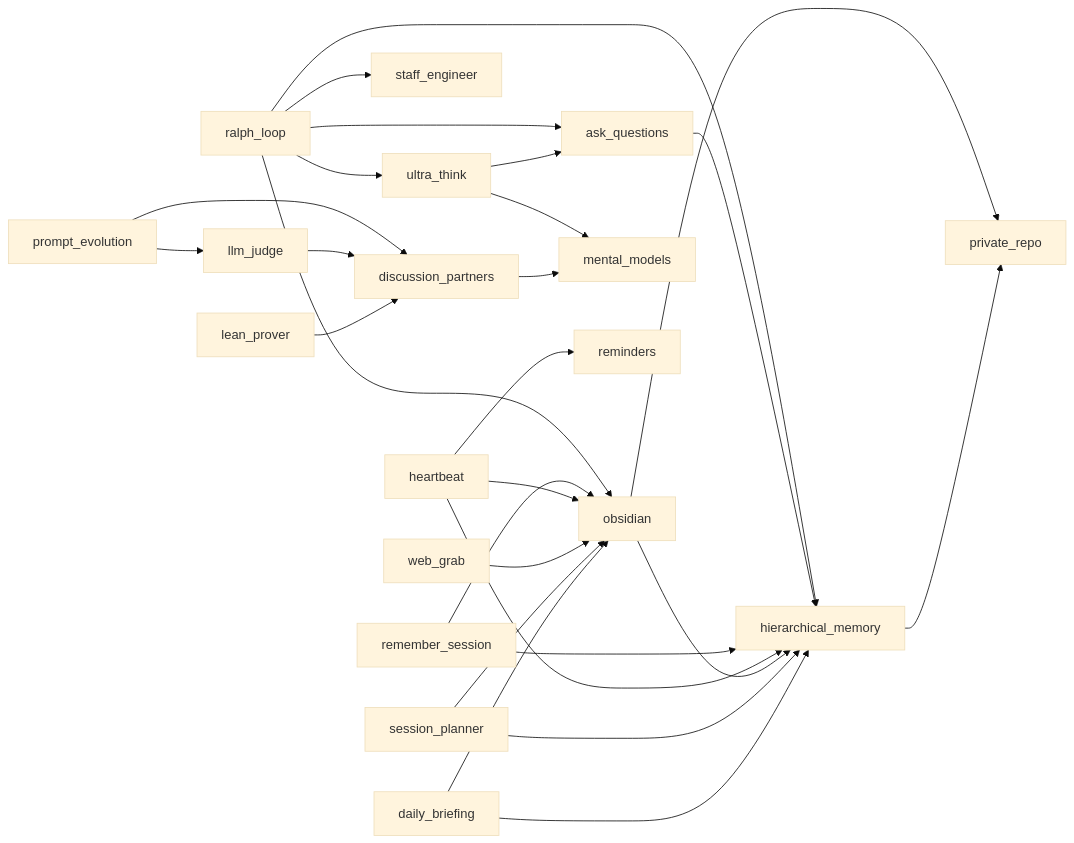
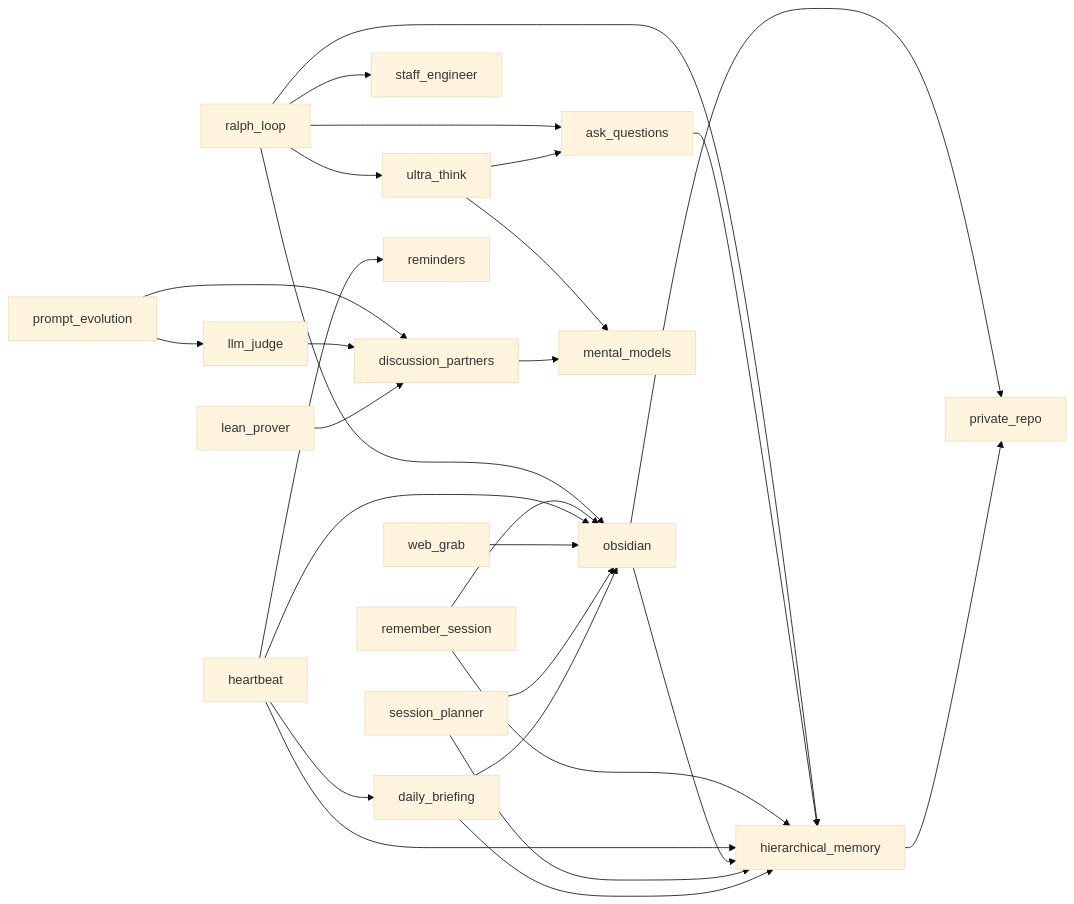
The diagram in README.md (zachmayer/skills), drawn with Mermaid (base theme) before and after one commit. The commit also changed 1 other file, not shown here.

Commit message:
Add reminders + daily briefing to heartbeat orient step
Heartbeat now checks reminders.md for due items and writes a daily
briefing if none exists and it's 6am+. Without these references,
the heartbeat agent wouldn't know to load those skills.

````diff
--- a/README.md
+++ b/README.md
@@ -95,29 +95,30 @@
 ```mermaid
 graph LR
     ralph_loop --> ultra_think
     ralph_loop --> staff_engineer
     ralph_loop --> ask_questions
     ralph_loop --> hierarchical_memory
     ralph_loop --> obsidian
     ultra_think --> mental_models
     ultra_think --> ask_questions
     ask_questions --> hierarchical_memory
     prompt_evolution --> discussion_partners
     prompt_evolution --> llm_judge
     llm_judge --> discussion_partners
     discussion_partners --> mental_models
     remember_session --> hierarchical_memory
     remember_session --> obsidian
     heartbeat --> hierarchical_memory
     heartbeat --> obsidian
     heartbeat --> reminders
+    heartbeat --> daily_briefing
     obsidian --> hierarchical_memory
     obsidian --> private_repo
     hierarchical_memory --> private_repo
     web_grab --> obsidian
     lean_prover --> discussion_partners
     session_planner --> hierarchical_memory
     session_planner --> obsidian
     daily_briefing --> hierarchical_memory
     daily_briefing --> obsidian
 ```
````
